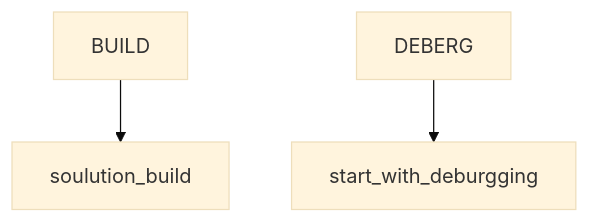
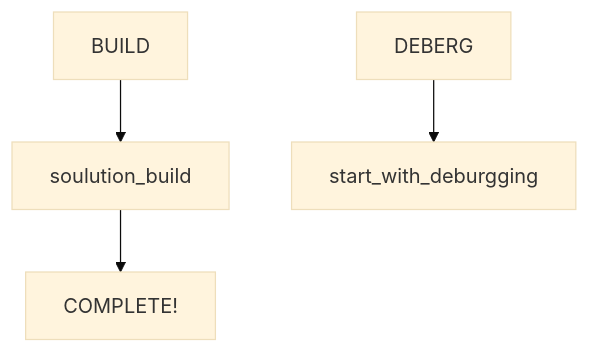
Before and after one commit to openbook-studio/book_note: the diagram in build_execute_flow.md, drawn with Mermaid (base theme).

````diff
--- a/build_execute_flow.md
+++ b/build_execute_flow.md
@@ -2,5 +2,6 @@
 ```mermaid
 graph TD;
-BUILD--> soulution_build;
+A[BUILD]--> B[soulution_build];
+B --> COMPLETE!;
 DEBERG-->start_with_deburgging;
 ```
````
